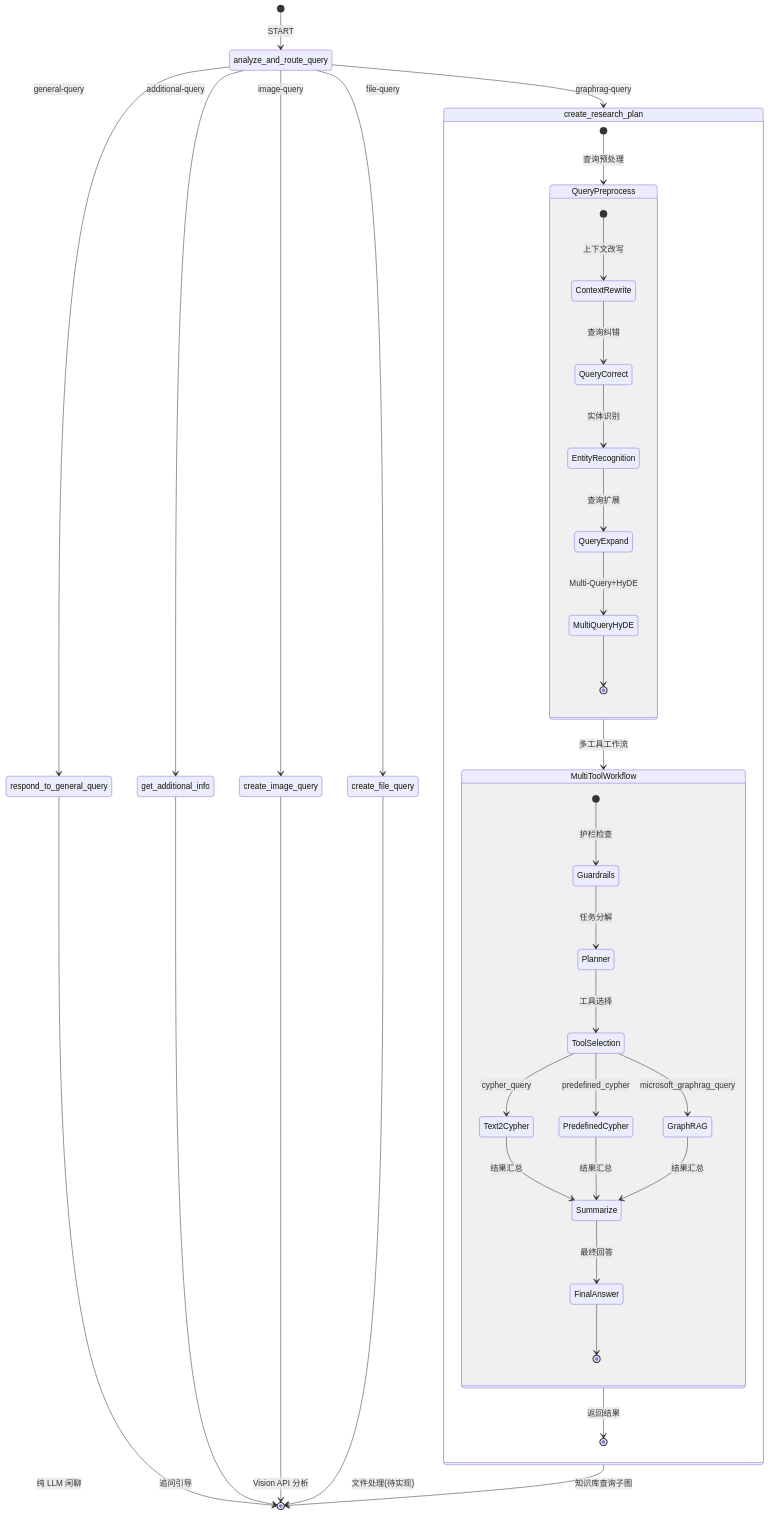
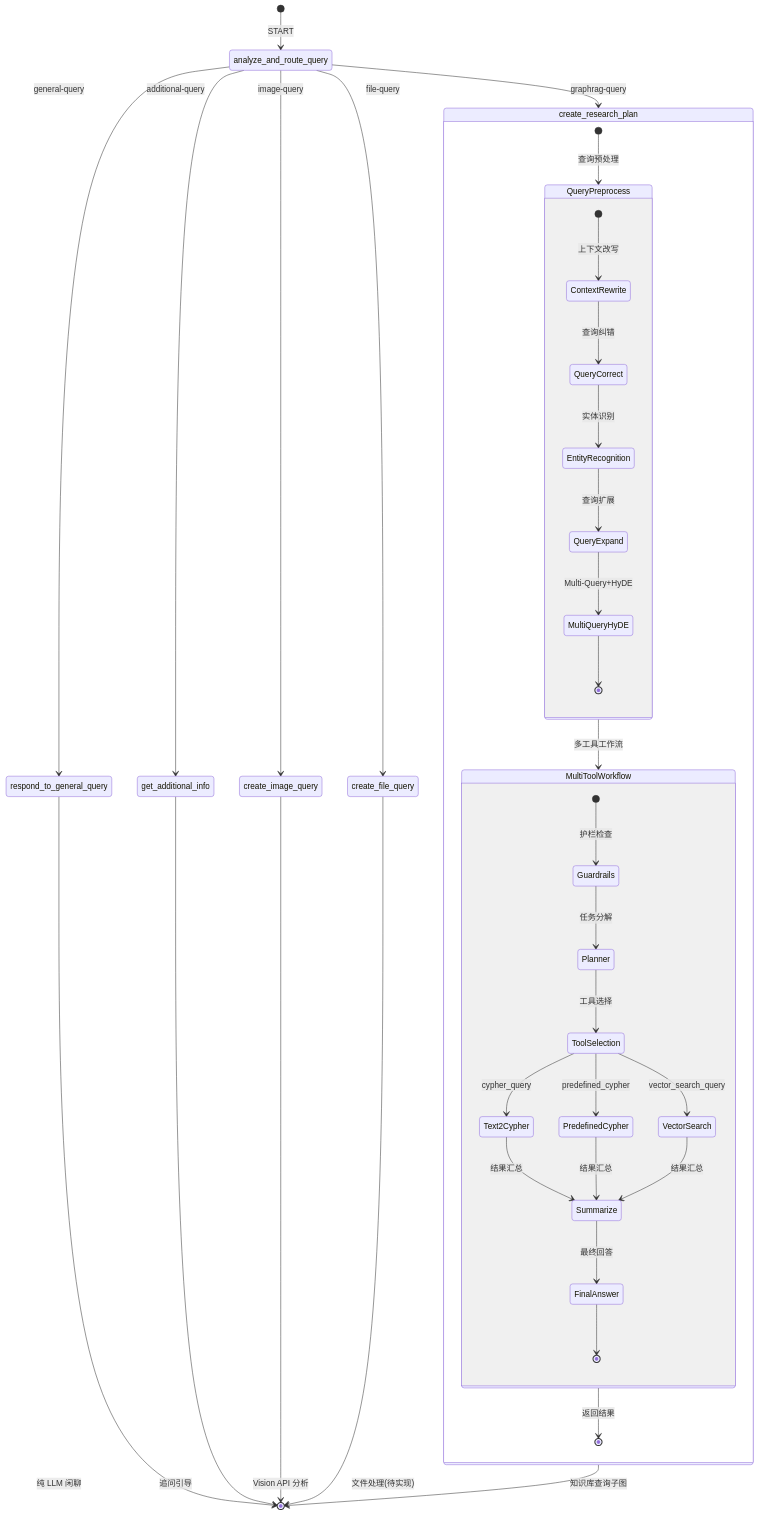
One commit to blowt16/SmartCS-Agent changed the fourth of 11 diagrams in docs/PROJECT_ANALYSIS.md. Above: the diagram before and after it, drawn with Mermaid. The commit also changed other lines of this file and 11 other files, not shown here.

Commit message:
[docs] 全面清理 GraphRAG 残留：README/学习文档/配置文件/脚本统一为标准 RAG（ChromaDB）描述，删除 fix_nb.py 与 docker-compose 无效挂载

````diff
--- a/docs/PROJECT_ANALYSIS.md
+++ b/docs/PROJECT_ANALYSIS.md
@@ -320,44 +318,44 @@
 ```mermaid
 stateDiagram-v2
     [*] --> analyze_and_route_query: START
     analyze_and_route_query --> respond_to_general_query: general-query
     analyze_and_route_query --> get_additional_info: additional-query
     analyze_and_route_query --> create_research_plan: graphrag-query
     analyze_and_route_query --> create_image_query: image-query
     analyze_and_route_query --> create_file_query: file-query
 
     respond_to_general_query --> [*]: 纯 LLM 闲聊
     get_additional_info --> [*]: 追问引导
     create_research_plan --> [*]: 知识库查询子图
     create_image_query --> [*]: Vision API 分析
     create_file_query --> [*]: 文件处理(待实现)
 
     state create_research_plan {
         [*] --> QueryPreprocess: 查询预处理
         QueryPreprocess --> MultiToolWorkflow: 多工具工作流
         MultiToolWorkflow --> [*]: 返回结果
 
         state QueryPreprocess {
             [*] --> ContextRewrite: 上下文改写
             ContextRewrite --> QueryCorrect: 查询纠错
             QueryCorrect --> EntityRecognition: 实体识别
             EntityRecognition --> QueryExpand: 查询扩展
             QueryExpand --> MultiQueryHyDE: Multi-Query+HyDE
             MultiQueryHyDE --> [*]
         }
 
         state MultiToolWorkflow {
             [*] --> Guardrails: 护栏检查
             Guardrails --> Planner: 任务分解
             Planner --> ToolSelection: 工具选择
             ToolSelection --> Text2Cypher: cypher_query
             ToolSelection --> PredefinedCypher: predefined_cypher
-            ToolSelection --> GraphRAG: microsoft_graphrag_query
+            ToolSelection --> VectorSearch: vector_search_query
             Text2Cypher --> Summarize: 结果汇总
             PredefinedCypher --> Summarize: 结果汇总
-            GraphRAG --> Summarize: 结果汇总
+            VectorSearch --> Summarize: 结果汇总
             Summarize --> FinalAnswer: 最终回答
             FinalAnswer --> [*]
         }
     }
 ```
````
